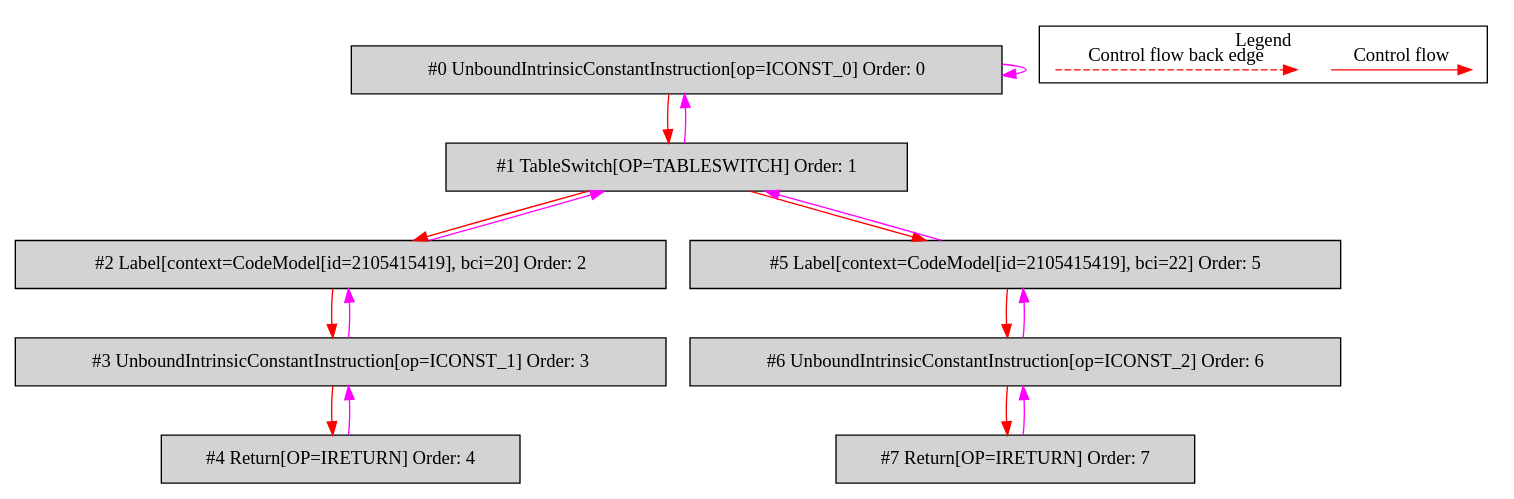
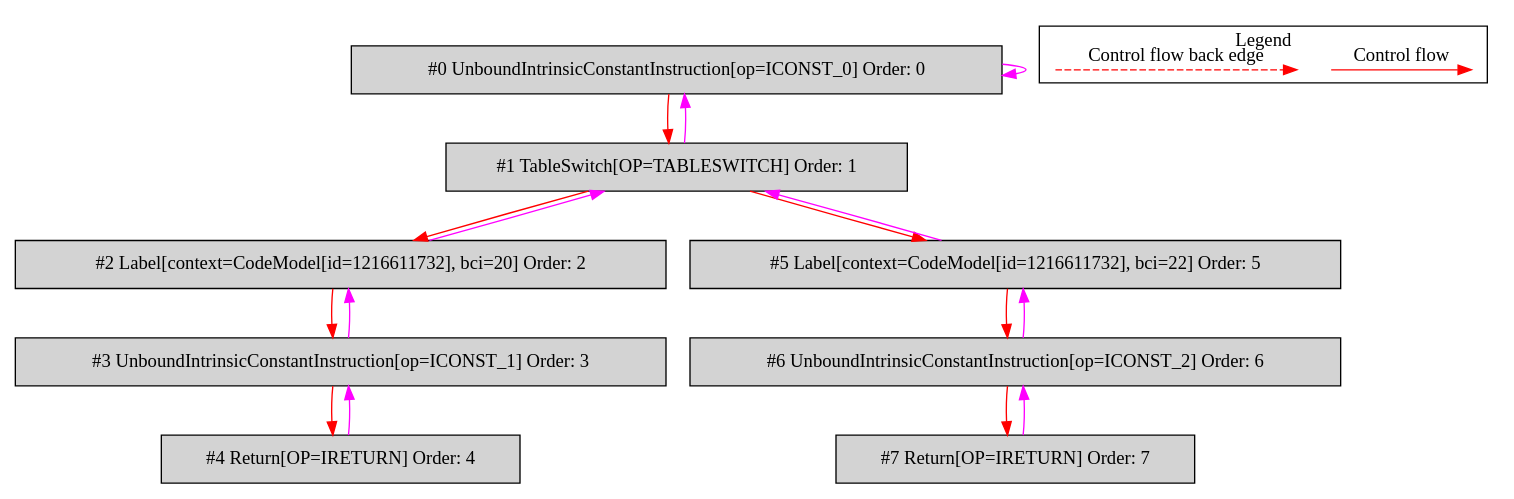
One commit to mirkosertic/MetaIR changed the diagram in de.mirkosertic.metair.ir.OpcodeTABLESWITCHTest/test_TABLESWITCH/bytecodecfg.dot. Above: the diagram before and after it, drawn with Graphviz. The commit also changed 1230 other files, not shown here.

```diff
--- a/de.mirkosertic.metair.ir.OpcodeTABLESWITCHTest/test_TABLESWITCH/bytecodecfg.dot
+++ b/de.mirkosertic.metair.ir.OpcodeTABLESWITCHTest/test_TABLESWITCH/bytecodecfg.dot
@@ -1,40 +1,40 @@
 digraph {
  ordering="in";
  node0[label="#0 UnboundIntrinsicConstantInstruction[op=ICONST_0] Order: 0", shape=box, fillcolor=lightgrey, style=filled];
  node1[label="#1 TableSwitch[OP=TABLESWITCH] Order: 1", shape=box, fillcolor=lightgrey, style=filled];
- node2[label="#2 Label[context=CodeModel[id=2105415419], bci=20] Order: 2", shape=box, fillcolor=lightgrey, style=filled];
+ node2[label="#2 Label[context=CodeModel[id=1216611732], bci=20] Order: 2", shape=box, fillcolor=lightgrey, style=filled];
  node3[label="#3 UnboundIntrinsicConstantInstruction[op=ICONST_1] Order: 3", shape=box, fillcolor=lightgrey, style=filled];
  node4[label="#4 Return[OP=IRETURN] Order: 4", shape=box, fillcolor=lightgrey, style=filled];
- node5[label="#5 Label[context=CodeModel[id=2105415419], bci=22] Order: 5", shape=box, fillcolor=lightgrey, style=filled];
+ node5[label="#5 Label[context=CodeModel[id=1216611732], bci=22] Order: 5", shape=box, fillcolor=lightgrey, style=filled];
  node6[label="#6 UnboundIntrinsicConstantInstruction[op=ICONST_2] Order: 6", shape=box, fillcolor=lightgrey, style=filled];
  node7[label="#7 Return[OP=IRETURN] Order: 7", shape=box, fillcolor=lightgrey, style=filled];
  node0 -> node0[color=fuchsia];
  node0 -> node1[color=red];
  node1 -> node0[color=fuchsia];
  node1 -> node2[color=red];
  node2 -> node1[color=fuchsia];
  node2 -> node3[color=red];
  node3 -> node2[color=fuchsia];
  node3 -> node4[color=red];
  node4 -> node3[color=fuchsia];
  node1 -> node5[color=red];
  node5 -> node1[color=fuchsia];
  node5 -> node6[color=red];
  node6 -> node5[color=fuchsia];
  node6 -> node7[color=red];
  node7 -> node6[color=fuchsia];
  subgraph cluster_000 {
   label = "Legend";
   node [shape=point]
   {
    rank=same;
    c0 [style = invis];
    c1 [style = invis];
    c2 [style = invis];
    c3 [style = invis];
   }
   c0 -> c1 [label="Control flow", style=solid, color=red]
   c2 -> c3 [label="Control flow back edge", style=dashed, color=red]
  }
 
 }
```
